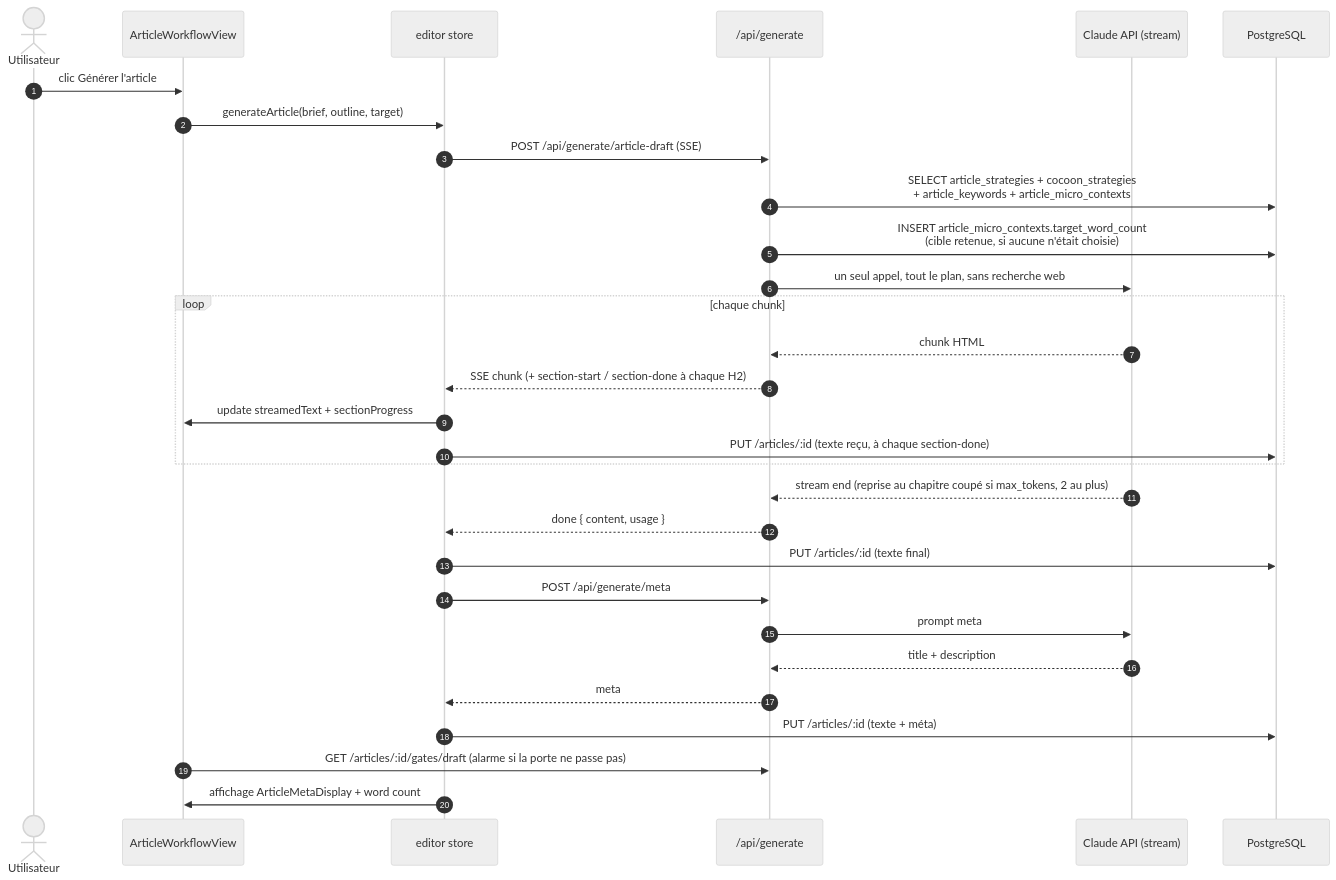
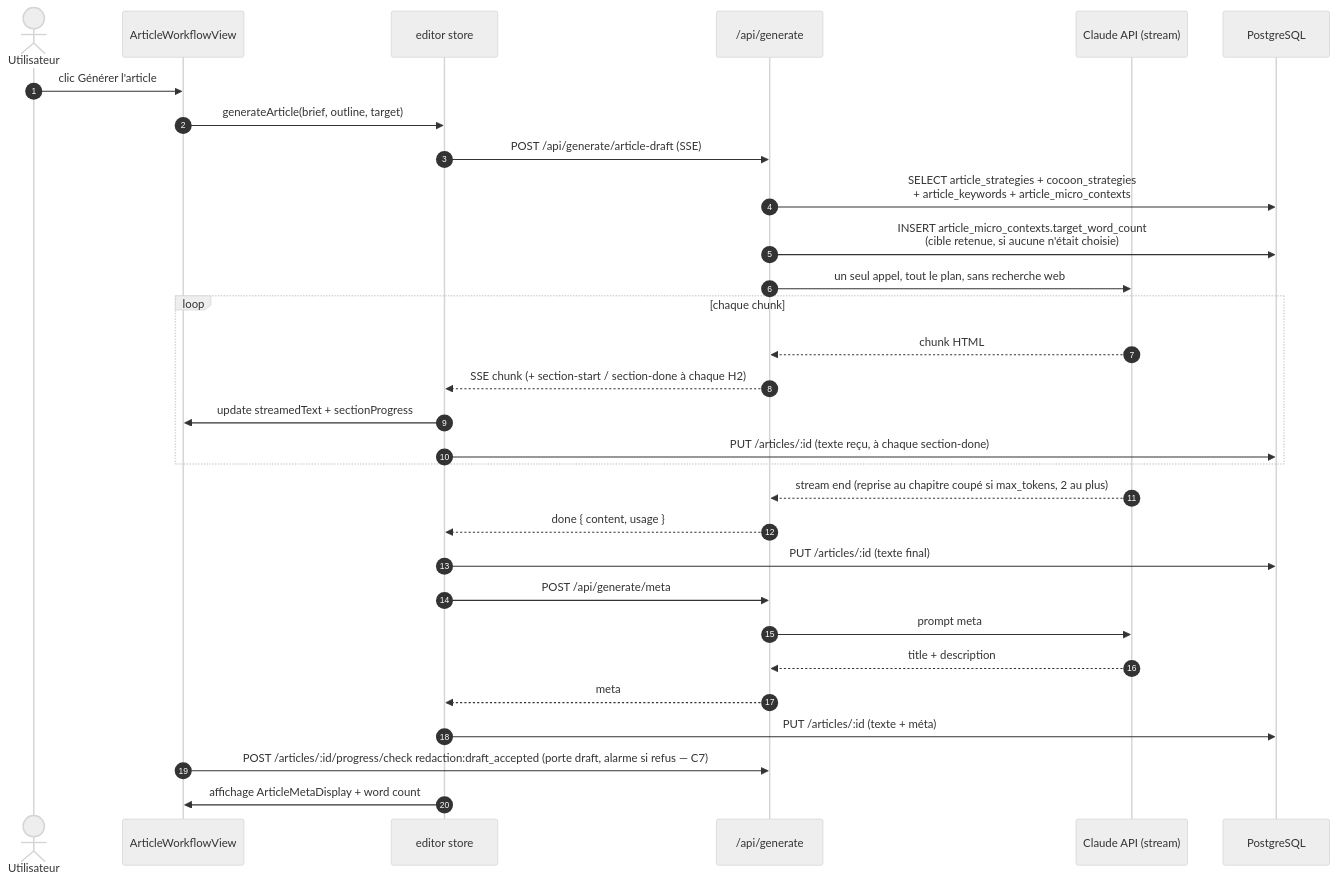
One commit to annubis-knight/Blog_Redactor_SEO changed the seventh of 8 diagrams in docs/ui-sections-guide.md. Above: the diagram before and after it, drawn with Mermaid (neutral theme). The commit also changed other lines of this file and 20 other files, not shown here.

````diff
--- a/docs/ui-sections-guide.md
+++ b/docs/ui-sections-guide.md
@@ -1205,34 +1222,34 @@
 ```mermaid
 sequenceDiagram
     autonumber
     actor U as Utilisateur
     participant AV as ArticleWorkflowView
     participant ES as editor store
     participant API as /api/generate
     participant Claude as Claude API (stream)
     participant DB as PostgreSQL
 
     U->>AV: clic Générer l'article
     AV->>ES: generateArticle(brief, outline, target)
     ES->>API: POST /api/generate/article-draft (SSE)
     API->>DB: SELECT article_strategies + cocoon_strategies<br/>+ article_keywords + article_micro_contexts
     API->>DB: INSERT article_micro_contexts.target_word_count<br/>(cible retenue, si aucune n'était choisie)
     API->>Claude: un seul appel, tout le plan, sans recherche web
     loop chaque chunk
         Claude-->>API: chunk HTML
         API-->>ES: SSE chunk (+ section-start / section-done à chaque H2)
         ES->>AV: update streamedText + sectionProgress
         ES->>DB: PUT /articles/:id (texte reçu, à chaque section-done)
     end
     Claude-->>API: stream end (reprise au chapitre coupé si max_tokens, 2 au plus)
     API-->>ES: done { content, usage }
     ES->>DB: PUT /articles/:id (texte final)
 
     ES->>API: POST /api/generate/meta
     API->>Claude: prompt meta
     Claude-->>API: title + description
     API-->>ES: meta
     ES->>DB: PUT /articles/:id (texte + méta)
-    AV->>API: GET /articles/:id/gates/draft (alarme si la porte ne passe pas)
+    AV->>API: POST /articles/:id/progress/check redaction:draft_accepted (porte draft, alarme si refus — C7)
     ES->>AV: affichage ArticleMetaDisplay + word count
 ```
````
